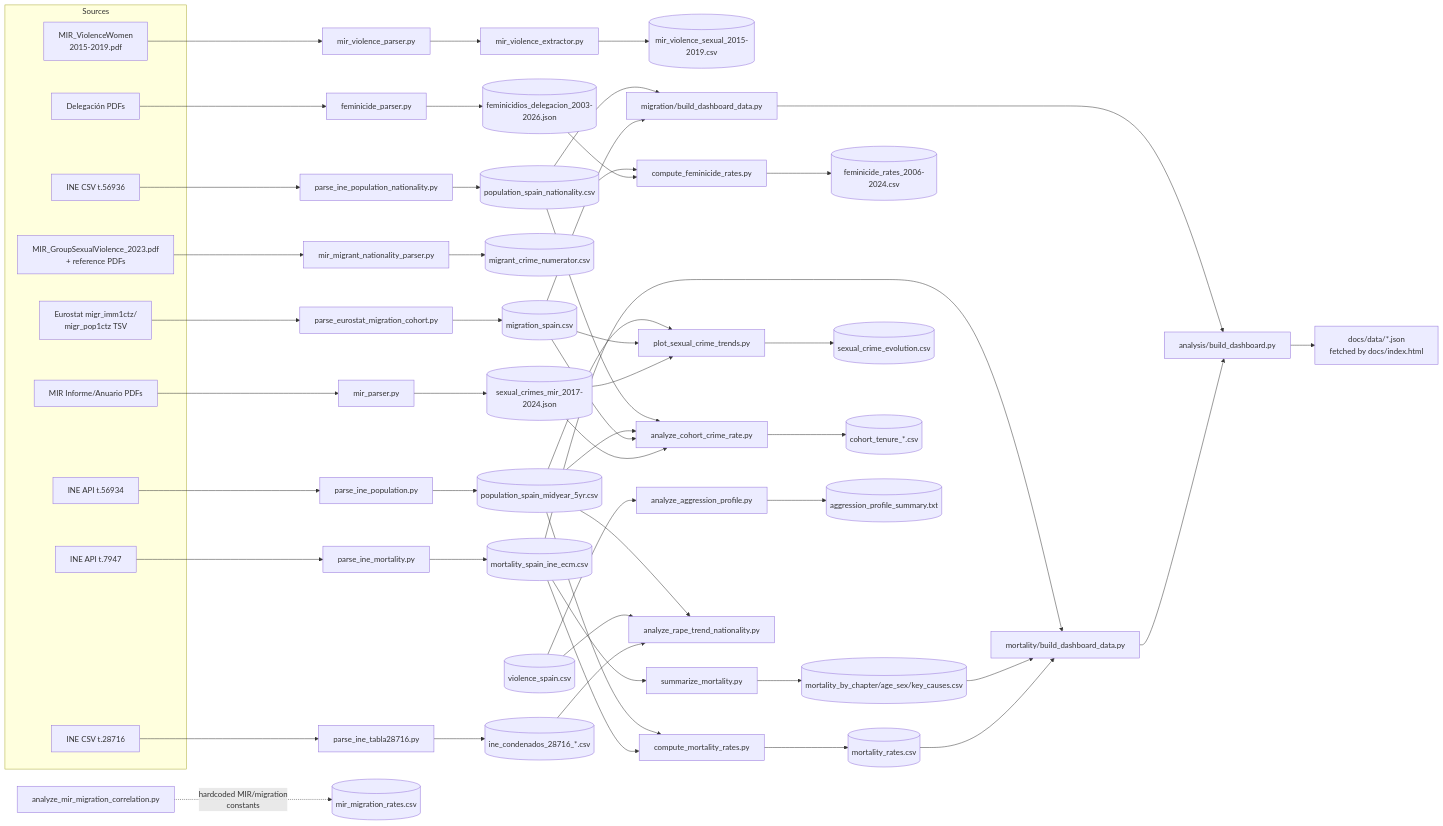
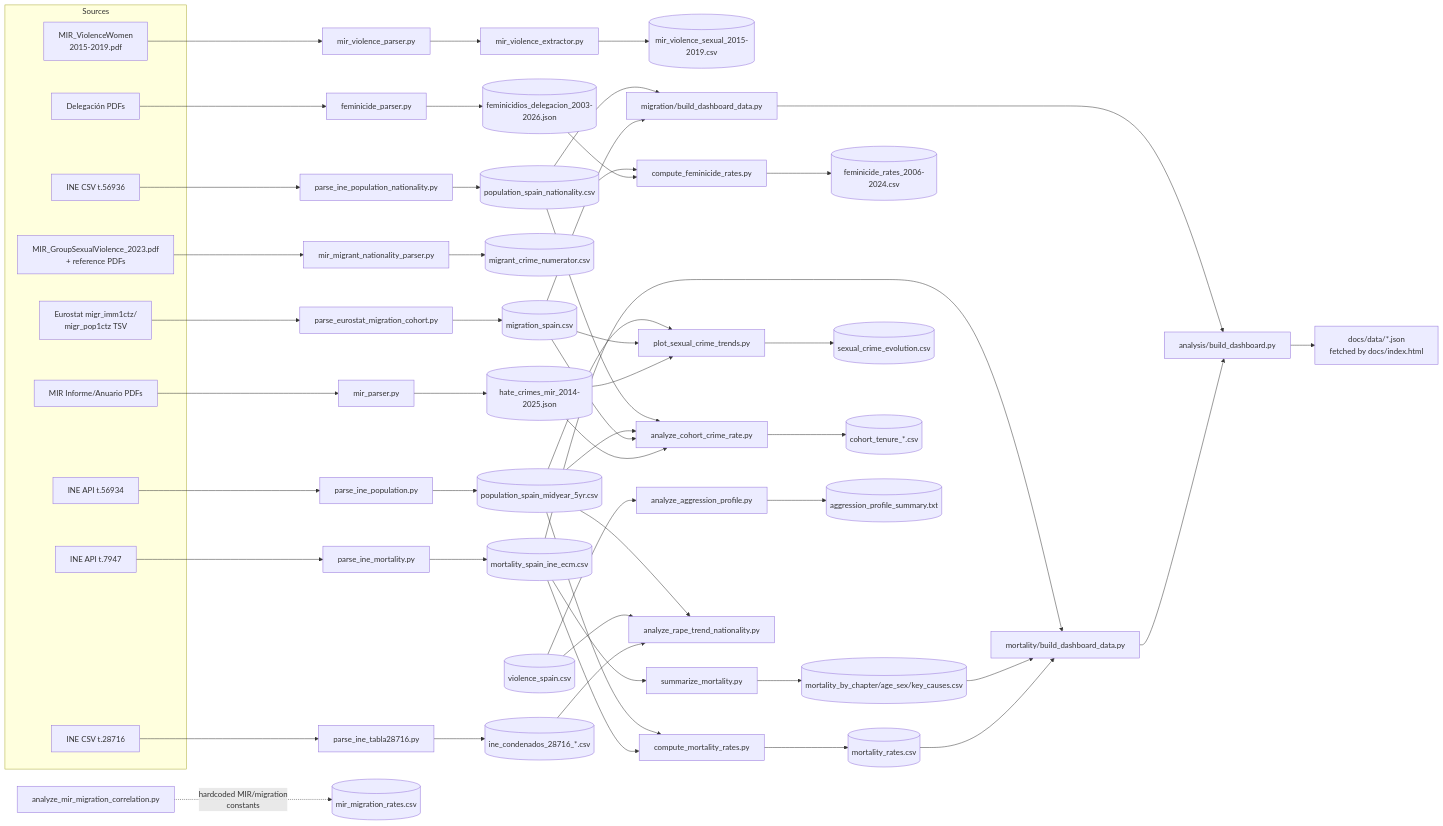
The diagram in data/PIPELINE.md (JavierGOrdonnez/SVS), drawn with Mermaid before and after one commit. The commit also changed other lines of this file and 135 other files, not shown here.

````diff
--- a/data/PIPELINE.md
+++ b/data/PIPELINE.md
@@ -74,62 +74,62 @@
 ```mermaid
 flowchart LR
   subgraph Sources
     PDF_FEM[Delegación PDFs]
     PDF_MIR[MIR Informe/Anuario PDFs]
     PDF_MIRV[MIR_ViolenceWomen<br/>2015-2019.pdf]
     PDF_GRP[MIR_GroupSexualViolence_2023.pdf<br/>+ reference PDFs]
     API_POP[INE API t.56934]
     API_POPNAT[INE CSV t.56936]
     API_MORT[INE API t.7947]
     URL_28716[INE CSV t.28716]
     TSV_EURO[Eurostat migr_imm1ctz/<br/>migr_pop1ctz TSV]
   end
 
   PDF_FEM --> feminicide_parser.py --> JSON_FEM[(feminicidios_delegacion_2003-2026.json)]
-  PDF_MIR --> mir_parser.py --> JSON_MIR[(sexual_crimes_mir_2017-2024.json)]
+  PDF_MIR --> mir_parser.py --> JSON_MIR[(hate_crimes_mir_2014-2025.json)]
   PDF_MIRV --> mir_violence_parser.py --> mir_violence_extractor.py --> CSV_MIRV[(mir_violence_sexual_2015-2019.csv)]
   PDF_GRP --> mir_migrant_nationality_parser.py --> CSV_MIG[(migrant_crime_numerator.csv)]
   API_POP --> parse_ine_population.py --> CSV_POP[(population_spain_midyear_5yr.csv)]
   API_POPNAT --> parse_ine_population_nationality.py --> CSV_POPNAT[(population_spain_nationality.csv)]
   API_MORT --> parse_ine_mortality.py --> CSV_ECM[(mortality_spain_ine_ecm.csv)]
   CSV_ECM --> summarize_mortality.py --> CSV_MORTSUM[(mortality_by_chapter/age_sex/key_causes.csv)]
   URL_28716 --> parse_ine_tabla28716.py --> CSV_28716[(ine_condenados_28716_*.csv)]
   TSV_EURO --> parse_eurostat_migration_cohort.py --> CSV_MIGR[(migration_spain.csv)]
 
   JSON_FEM --> compute_feminicide_rates.py
   CSV_POPNAT --> compute_feminicide_rates.py
   compute_feminicide_rates.py --> CSV_FEMRATE[(feminicide_rates_2006-2024.csv)]
 
   CSV_ECM --> compute_mortality_rates.py
   CSV_POP --> compute_mortality_rates.py
   compute_mortality_rates.py --> CSV_MORTRATE[(mortality_rates.csv)]
 
   CSV_MORTRATE --> MORT_BUILD[mortality/build_dashboard_data.py]
   CSV_MORTSUM --> MORT_BUILD
   CSV_ECM --> MORT_BUILD
   MORT_BUILD --> ORCH[analysis/build_dashboard.py]
 
   CSV_MIGR --> MIGR_BUILD[migration/build_dashboard_data.py] --> ORCH
   CSV_POPNAT --> MIGR_BUILD
 
   ORCH --> DASH1[docs/data/*.json<br/>fetched by docs/index.html]
 
   JSON_MIR --> plot_sexual_crime_trends.py
   CSV_MIGR --> plot_sexual_crime_trends.py
   CSV_POP --> plot_sexual_crime_trends.py
   plot_sexual_crime_trends.py --> CSV_TREND[(sexual_crime_evolution.csv)]
 
   JSON_MIR --> analyze_cohort_crime_rate.py
   CSV_MIGR --> analyze_cohort_crime_rate.py
   CSV_POP --> analyze_cohort_crime_rate.py
   CSV_POPNAT --> analyze_cohort_crime_rate.py
   analyze_cohort_crime_rate.py --> CSV_COHORT[(cohort_tenure_*.csv)]
 
   CSV_28716 --> analyze_rape_trend_nationality.py
   CSV_VIOL[(violence_spain.csv)] --> analyze_rape_trend_nationality.py
   CSV_POP --> analyze_rape_trend_nationality.py
 
   CSV_VIOL --> analyze_aggression_profile.py --> TXT_AGG[(aggression_profile_summary.txt)]
 
   analyze_mir_migration_correlation.py -. hardcoded MIR/migration<br/>constants .-> CSV_CORR[(mir_migration_rates.csv)]
 ```
````
